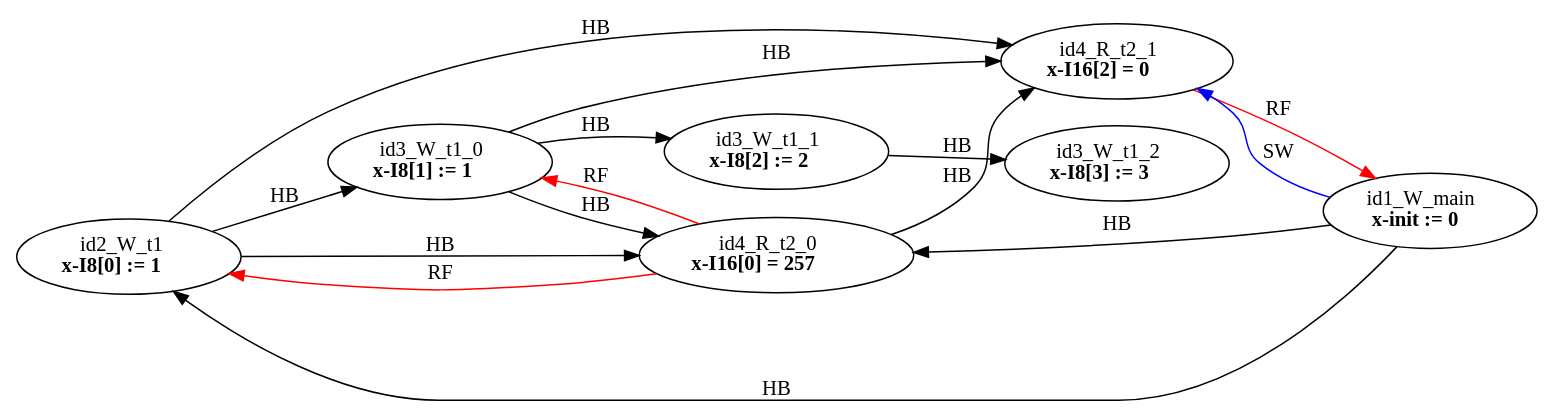
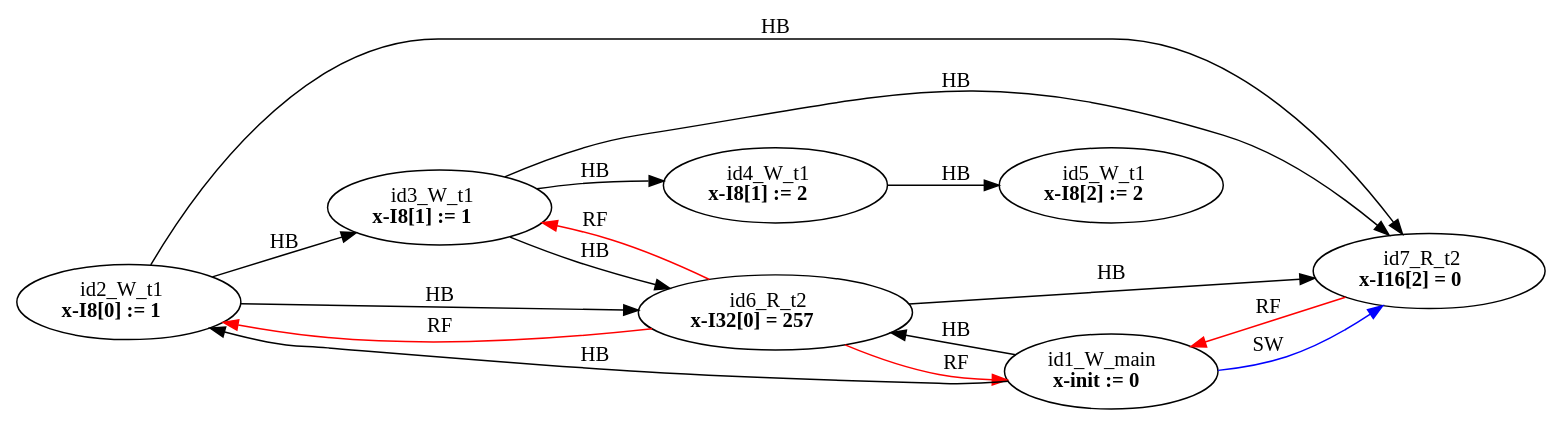
Before and after one commit to FMJS/EMME: the diagram in examples/single_var/sv_simple16/mm3.dot, drawn with Graphviz. The commit also changed 115 other files, not shown here.

```diff
--- a/examples/single_var/sv_simple16/mm3.dot
+++ b/examples/single_var/sv_simple16/mm3.dot
@@ -1,25 +1,26 @@
 digraph memory_model {
 rankdir=LR;
 splines=true; esep=0.5;
-id2_W_t1 -> id3_W_t1_0 [label = "HB", color="black"];
-id3_W_t1_0 -> id3_W_t1_1 [label = "HB", color="black"];
-id3_W_t1_1 -> id3_W_t1_2 [label = "HB", color="black"];
-id4_R_t2_0 -> id4_R_t2_1 [label = "HB", color="black"];
+id2_W_t1 -> id3_W_t1 [label = "HB", color="black"];
+id3_W_t1 -> id4_W_t1 [label = "HB", color="black"];
+id4_W_t1 -> id5_W_t1 [label = "HB", color="black"];
+id6_R_t2 -> id7_R_t2 [label = "HB", color="black"];
 id1_W_main -> id2_W_t1 [label = "HB", color="black"];
-id1_W_main -> id4_R_t2_0 [label = "HB", color="black"];
-id2_W_t1 -> id4_R_t2_0 [label = "HB", color="black"];
-id2_W_t1 -> id4_R_t2_1 [label = "HB", color="black"];
-id3_W_t1_0 -> id4_R_t2_0 [label = "HB", color="black"];
-id3_W_t1_0 -> id4_R_t2_1 [label = "HB", color="black"];
-id4_R_t2_0 -> id2_W_t1 [label = "RF", color="red"];
-id4_R_t2_0 -> id3_W_t1_0 [label = "RF", color="red"];
-id4_R_t2_1 -> id1_W_main [label = "RF", color="red"];
-id1_W_main -> id4_R_t2_1 [label = "SW", color="blue"];
+id1_W_main -> id6_R_t2 [label = "HB", color="black"];
+id2_W_t1 -> id6_R_t2 [label = "HB", color="black"];
+id2_W_t1 -> id7_R_t2 [label = "HB", color="black"];
+id3_W_t1 -> id6_R_t2 [label = "HB", color="black"];
+id3_W_t1 -> id7_R_t2 [label = "HB", color="black"];
+id6_R_t2 -> id1_W_main [label = "RF", color="red"];
+id6_R_t2 -> id2_W_t1 [label = "RF", color="red"];
+id6_R_t2 -> id3_W_t1 [label = "RF", color="red"];
+id7_R_t2 -> id1_W_main [label = "RF", color="red"];
+id1_W_main -> id7_R_t2 [label = "SW", color="blue"];
 id1_W_main [label=<id1_W_main<br/><B>x-init := 0</B>>, pos="2.5,8!"]
 id2_W_t1 [label=<id2_W_t1<br/><B>x-I8[0] := 1</B>>, pos="0,6!"]
-id3_W_t1_0 [label=<id3_W_t1_0<br/><B>x-I8[1] := 1</B>>, pos="0,4!"]
-id3_W_t1_1 [label=<id3_W_t1_1<br/><B>x-I8[2] := 2</B>>, pos="0,2!"]
-id3_W_t1_2 [label=<id3_W_t1_2<br/><B>x-I8[3] := 3</B>>, pos="0,0!"]
-id4_R_t2_0 [label=<id4_R_t2_0<br/><B>x-I16[0] = 257</B>>, pos="5,6!"]
-id4_R_t2_1 [label=<id4_R_t2_1<br/><B>x-I16[2] = 0</B>>, pos="5,4!"]
+id3_W_t1 [label=<id3_W_t1<br/><B>x-I8[1] := 1</B>>, pos="0,4!"]
+id4_W_t1 [label=<id4_W_t1<br/><B>x-I8[1] := 2</B>>, pos="0,2!"]
+id5_W_t1 [label=<id5_W_t1<br/><B>x-I8[2] := 2</B>>, pos="0,0!"]
+id6_R_t2 [label=<id6_R_t2<br/><B>x-I32[0] = 257</B>>, pos="5,6!"]
+id7_R_t2 [label=<id7_R_t2<br/><B>x-I16[2] = 0</B>>, pos="5,4!"]
 }
```
